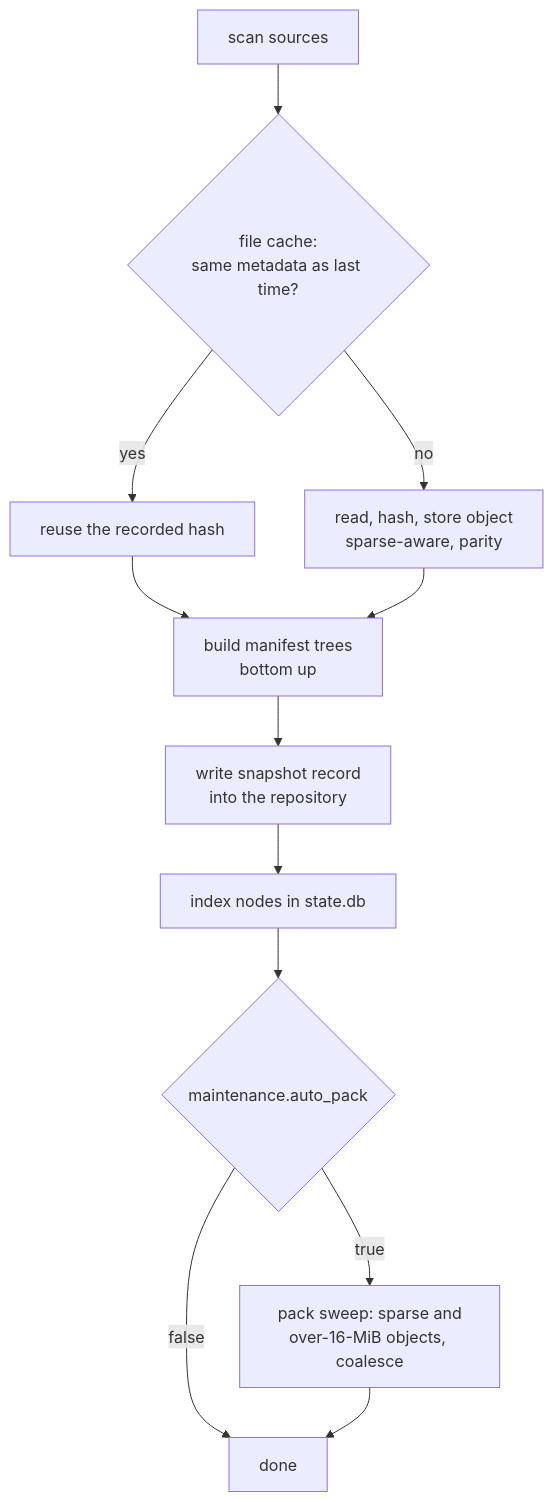
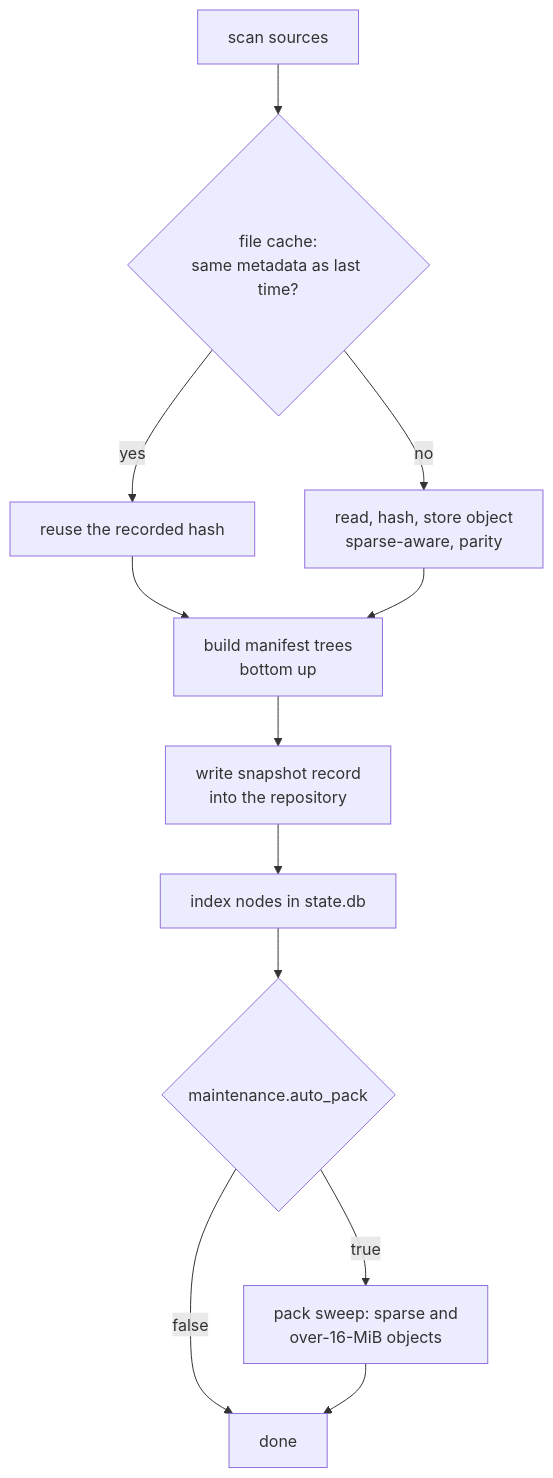
One commit to vifair22/c-backup changed the third of 3 diagrams in Manual.md. Above: the diagram before and after it, drawn with Mermaid. The commit also changed other lines of this file and 1 other file, not shown here.

First line of the commit message:
Say only gc coalesces packs, not the pack pass (DOC-2)

````diff
--- a/Manual.md
+++ b/Manual.md
@@ -682,14 +682,14 @@
 ```mermaid
 flowchart TD
   A[scan sources] --> B{file cache:<br/>same metadata as last time?}
   B -- yes --> C[reuse the recorded hash]
   B -- no --> D[read, hash, store object<br/>sparse-aware, parity]
   C --> E[build manifest trees<br/>bottom up]
   D --> E
   E --> F[write snapshot record<br/>into the repository]
   F --> G[index nodes in state.db]
   G --> H{maintenance.auto_pack}
-  H -- true --> I[pack sweep: sparse and<br/>over-16-MiB objects, coalesce]
+  H -- true --> I[pack sweep: sparse and<br/>over-16-MiB objects]
   H -- false --> J[done]
   I --> J
 ```
````
